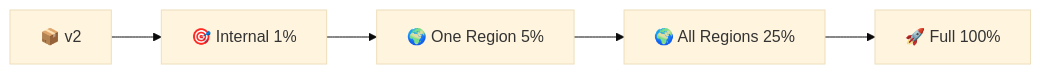
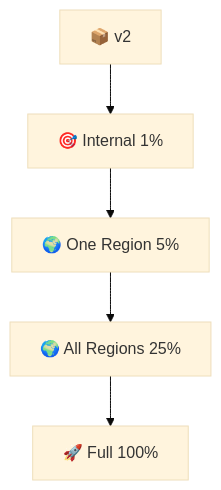
Diagram 13 of 14 in lectures/lec14.md (inno-devops-labs/DevOps-Core-Course), drawn with Mermaid (base theme) before and after one commit. The commit also changed other lines of this file and 14 other files, not shown here.

First line of the commit message:
Merge pull request #3565 from LocalT0aster/fix-flowcharts

````diff
--- a/lectures/lec14.md
+++ b/lectures/lec14.md
@@ -712,7 +713,7 @@
 ```mermaid
-flowchart LR
+flowchart TD
   A[📦 v2] --> B[🎯 Internal 1%]
   B --> C[🌍 One Region 5%]
   C --> D[🌍 All Regions 25%]
   D --> E[🚀 Full 100%]
 ```
````
